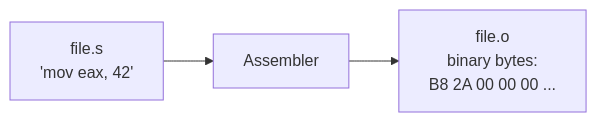
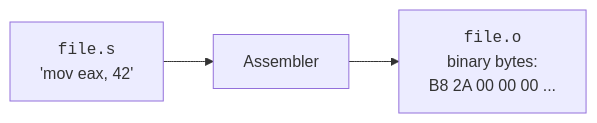
The second of 4 diagrams in content/learn/from-zero-to-cpp/compilation-pipeline.mdx (dataslope/dataslope), drawn with Mermaid before and after one commit. The commit also changed other lines of this file and 218 other files, not shown here.

First line of the commit message:
Render code-only mermaid shapes in monospace; convert step sequences to Steps (#467)

````diff
--- a/content/learn/from-zero-to-cpp/compilation-pipeline.mdx
+++ b/content/learn/from-zero-to-cpp/compilation-pipeline.mdx
@@ -151,5 +151,5 @@
 ```mermaid
 flowchart LR
-    A[file.s<br/>'mov eax, 42'] --> AS[Assembler]
-    AS --> B[file.o<br/>binary bytes:<br/>B8 2A 00 00 00 ...]
+    A["<code>file.s</code><br/>'mov eax, 42'"] --> AS[Assembler]
+    AS --> B["<code>file.o</code><br/>binary bytes:<br/>B8 2A 00 00 00 ..."]
 ```
````
